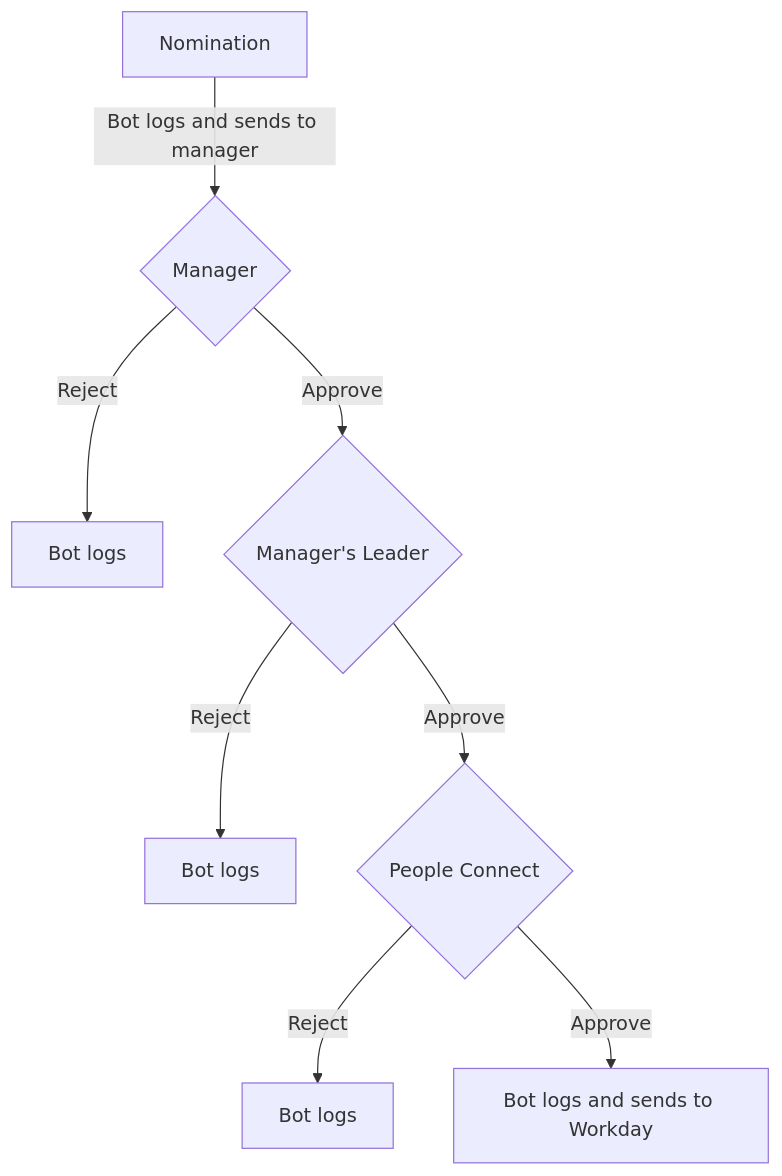
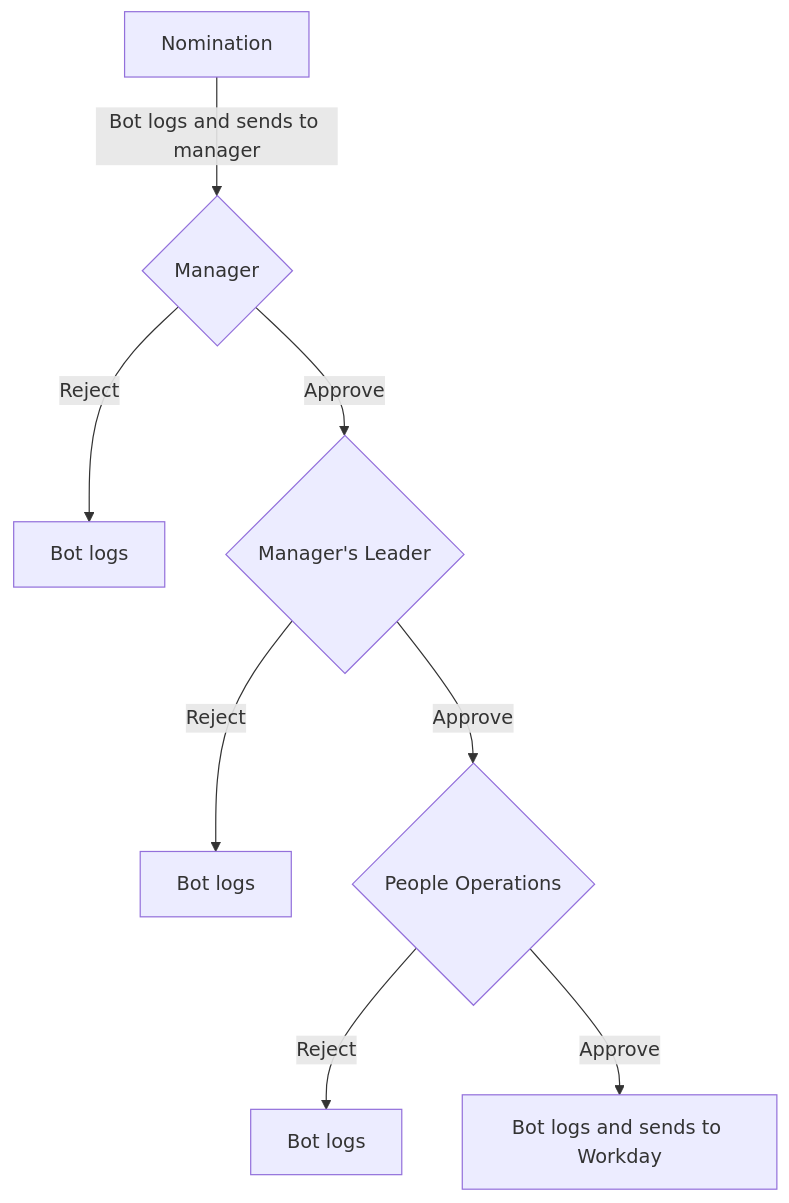
Before and after one commit to zalyoung/gitlab-handbook: the diagram in content/handbook/total-rewards/incentives.md, drawn with Mermaid. The commit also changed other lines of this file and 71 other files, not shown here.

Commit message:
Replace People Connect with People Operations

````diff
--- a/content/handbook/total-rewards/incentives.md
+++ b/content/handbook/total-rewards/incentives.md
@@ -123,13 +123,13 @@
 ```mermaid
 graph TD;
   A[Nomination] -->|Bot logs and sends to manager| C;
   C{Manager}
   C -->|Reject| D[Bot logs];
   C -->|Approve| F;
   F{Manager's Leader}
   F -->|Reject| H[Bot logs];
   F -->|Approve| L;
-  L{People Connect}
+  L{People Operations}
   L -->|Reject| M[Bot logs];
   L -->|Approve| N[Bot logs and sends to Workday];
 ```
````
